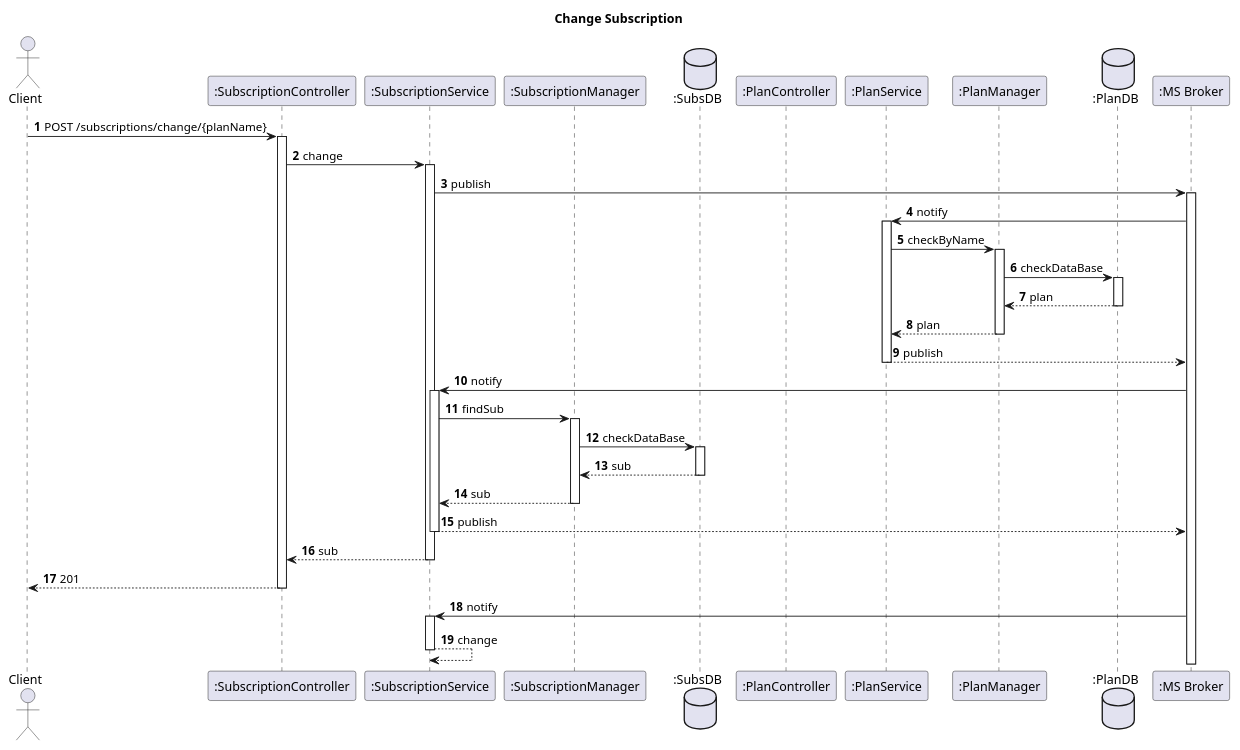
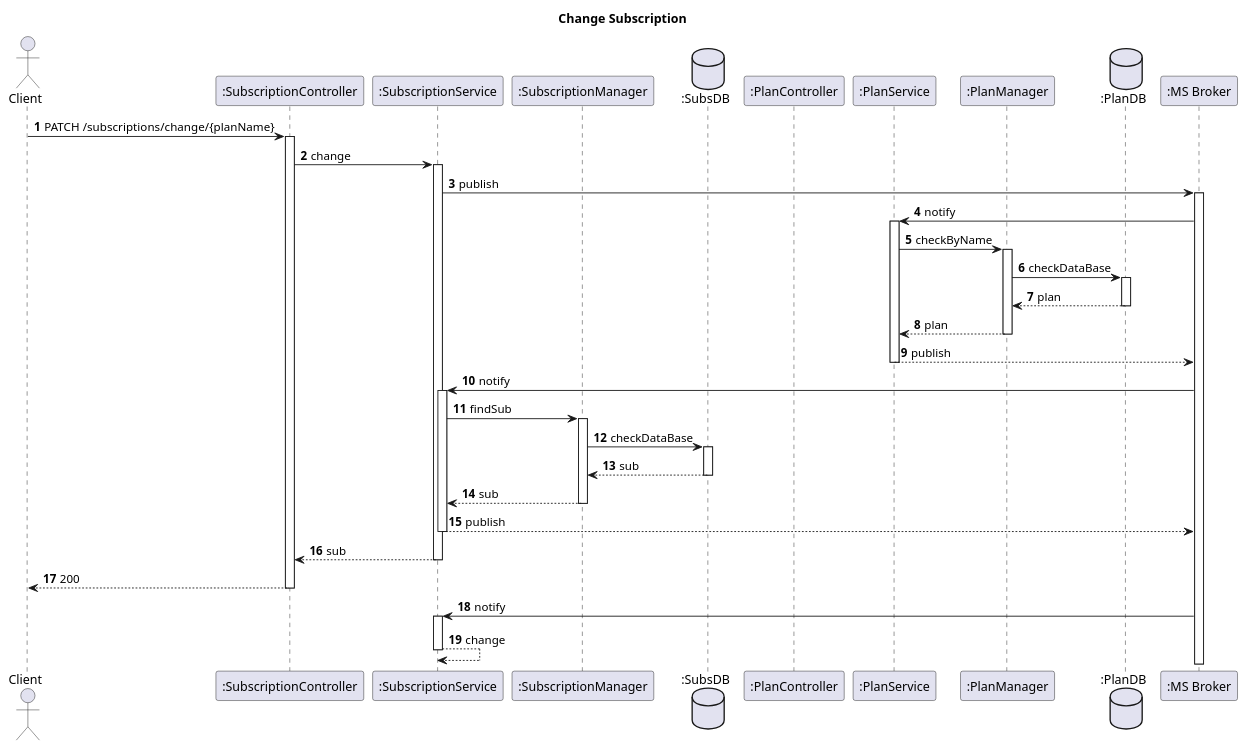
The diagram in docs_sidis/Segunda_Avalição/Subs/Vista Logica/N3/ChangeSubs.puml (IsepMartimOliveira/SIDIS), drawn with PlantUML before and after one commit. The commit also changed 34 other files, not shown here.

```diff
--- a/docs_sidis/Segunda_Avalição/Subs/Vista Logica/N3/ChangeSubs.puml
+++ b/docs_sidis/Segunda_Avalição/Subs/Vista Logica/N3/ChangeSubs.puml
@@ -1,41 +1,41 @@
 @startuml
 'https://plantuml.com/sequence-diagram
 autoactivate on
 autonumber
 title  Change Subscription
 
 autonumber
 
 actor "Client" as Ac
 participant ":SubscriptionController" as Auth
 participant ":SubscriptionService" as SService
 participant ":SubscriptionManager" as UManager
 database ":SubsDB" as SDB
 participant ":PlanController" as Plan
 participant ":PlanService" as PService
 participant ":PlanManager" as PManager
 database ":PlanDB" as PDB
 participant ":MS Broker" as Broker
 
-Ac->Auth: POST /subscriptions/change/{planName}
+Ac->Auth: PATCH /subscriptions/change/{planName}
 Auth->SService: change
 SService->Broker: publish
 Broker->PService: notify
 PService-> PManager: checkByName
 PManager-> PDB: checkDataBase
 PDB-->PManager:plan
 PManager-->PService:plan
 PService-->Broker: publish
 Broker->SService:notify
 SService->UManager: findSub
 UManager->SDB: checkDataBase
 SDB-->UManager:sub
 UManager --> SService:sub
 SService-->Broker: publish
 SService -->Auth:sub
-Auth --> Ac : 201
+Auth --> Ac : 200
 Broker-> SService: notify
 SService --> SService: change
 
 
 @enduml
```
